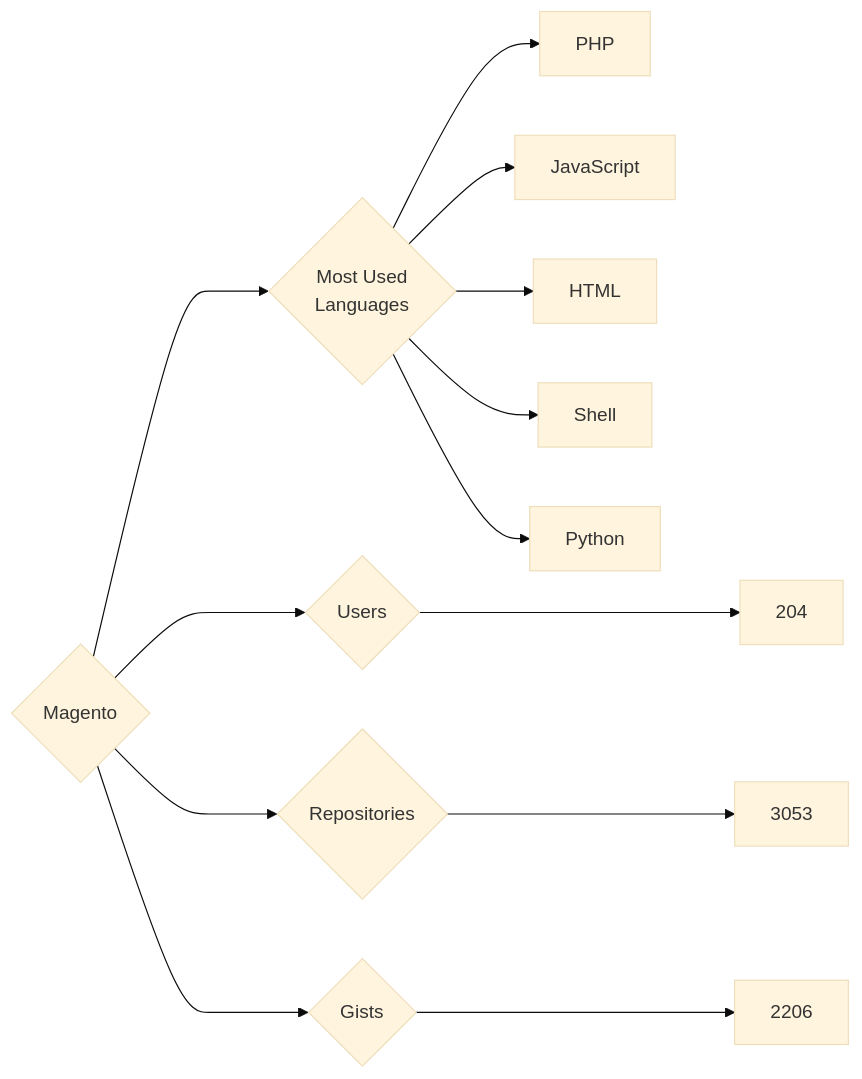
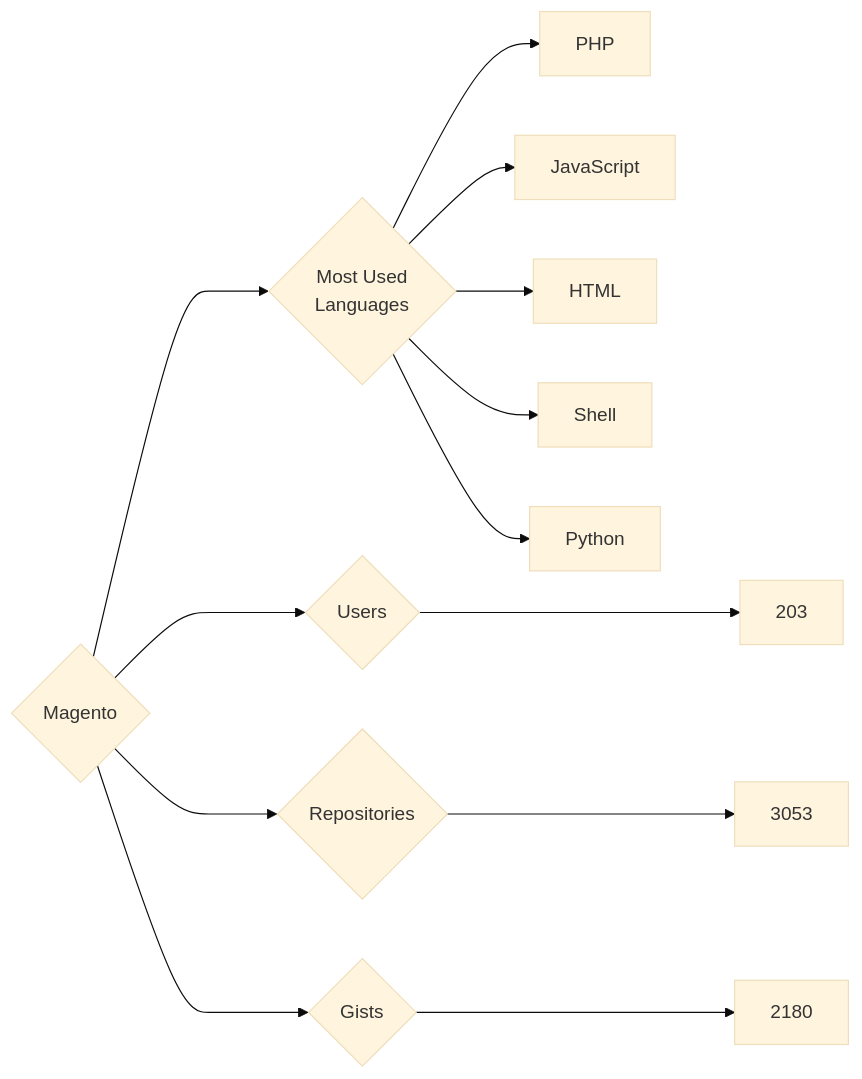
One commit to trickest/insiders changed the diagram in targets/Magento/README.md. Above: the diagram before and after it, drawn with Mermaid (base theme). The commit also changed 1508 other files, not shown here.

````diff
--- a/targets/Magento/README.md
+++ b/targets/Magento/README.md
@@ -3,13 +3,13 @@
 ```mermaid
 graph LR
 COMPANY_NAME{Magento}
-COMPANY_NAME ---> U{Users} ---> UN[204]
+COMPANY_NAME ---> U{Users} ---> UN[203]
 COMPANY_NAME ---> R{Repositories} ---> RN[3053]
-COMPANY_NAME ---> G{Gists} ---> GN[2206]
+COMPANY_NAME ---> G{Gists} ---> GN[2180]
 COMPANY_NAME ---> ML{Most Used<br>Languages}
 ML --> PHP[PHP]
 ML --> JavaScript[JavaScript]
 ML --> HTML[HTML]
 ML --> Shell[Shell]
 ML --> Python[Python]
 ```
````
